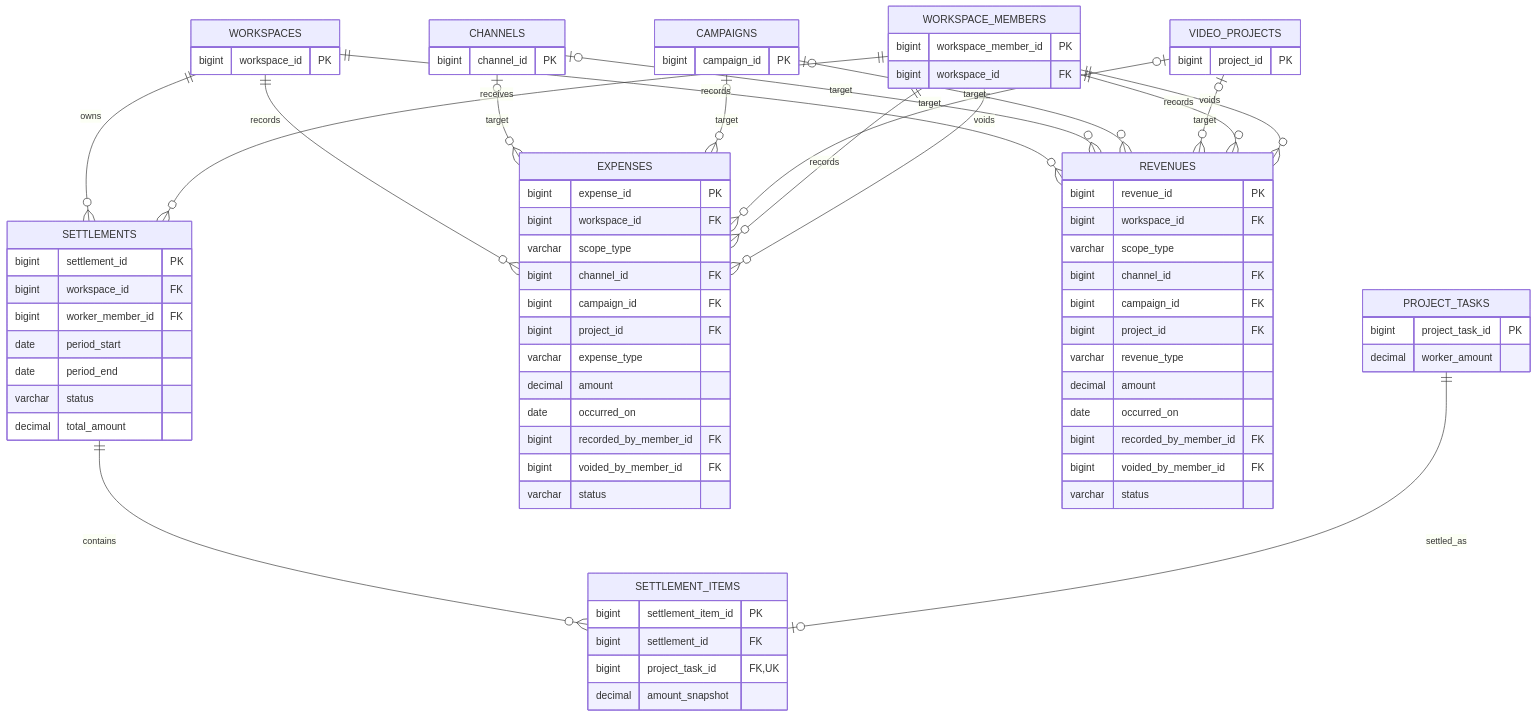
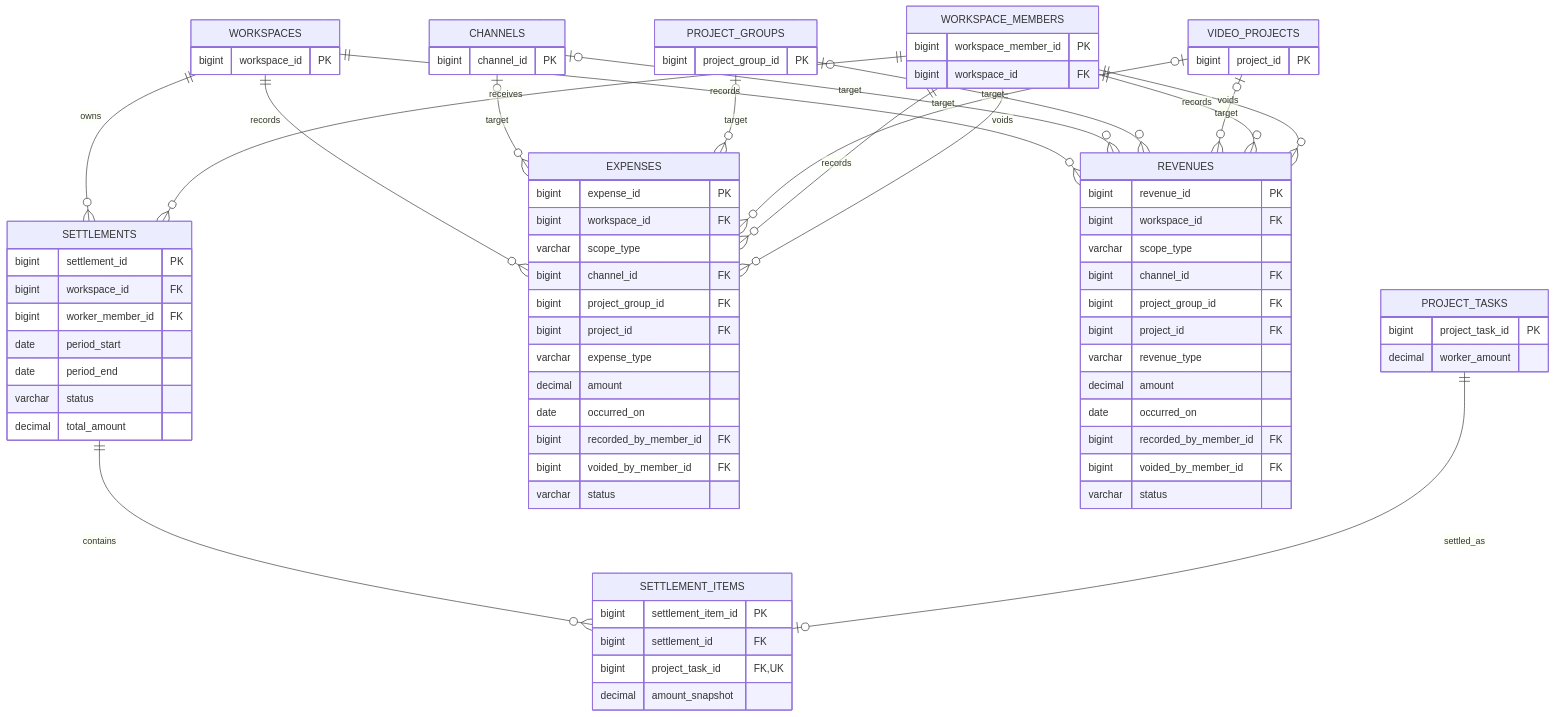
One commit to heebaek200/yms-project changed the fifth of 6 diagrams in docs/design/데이터베이스 설계 및 ERD.md. Above: the diagram before and after it, drawn with Mermaid. The commit also changed other lines of this file and 23 other files, not shown here.

```diff
--- a/docs/design/데이터베이스 설계 및 ERD.md
+++ b/docs/design/데이터베이스 설계 및 ERD.md
@@ -1021,8 +1028,8 @@
         bigint channel_id PK
     }
 
-    CAMPAIGNS {
-        bigint campaign_id PK
+    PROJECT_GROUPS {
+        bigint project_group_id PK
     }
 
     VIDEO_PROJECTS {
@@ -1039,7 +1046,7 @@
         bigint workspace_id FK
         varchar scope_type
         bigint channel_id FK
-        bigint campaign_id FK
+        bigint project_group_id FK
         bigint project_id FK
         varchar expense_type
         decimal amount
@@ -1054,7 +1061,7 @@
         bigint workspace_id FK
         varchar scope_type
         bigint channel_id FK
-        bigint campaign_id FK
+        bigint project_group_id FK
         bigint project_id FK
         varchar revenue_type
         decimal amount
@@ -1084,10 +1091,10 @@
     WORKSPACES ||--o{ EXPENSES : records
     WORKSPACES ||--o{ REVENUES : records
     CHANNELS o|--o{ EXPENSES : target
-    CAMPAIGNS o|--o{ EXPENSES : target
+    PROJECT_GROUPS o|--o{ EXPENSES : target
     VIDEO_PROJECTS o|--o{ EXPENSES : target
     CHANNELS o|--o{ REVENUES : target
-    CAMPAIGNS o|--o{ REVENUES : target
+    PROJECT_GROUPS o|--o{ REVENUES : target
     VIDEO_PROJECTS o|--o{ REVENUES : target
     WORKSPACE_MEMBERS ||--o{ EXPENSES : records
     WORKSPACE_MEMBERS ||--o{ EXPENSES : voids
```
